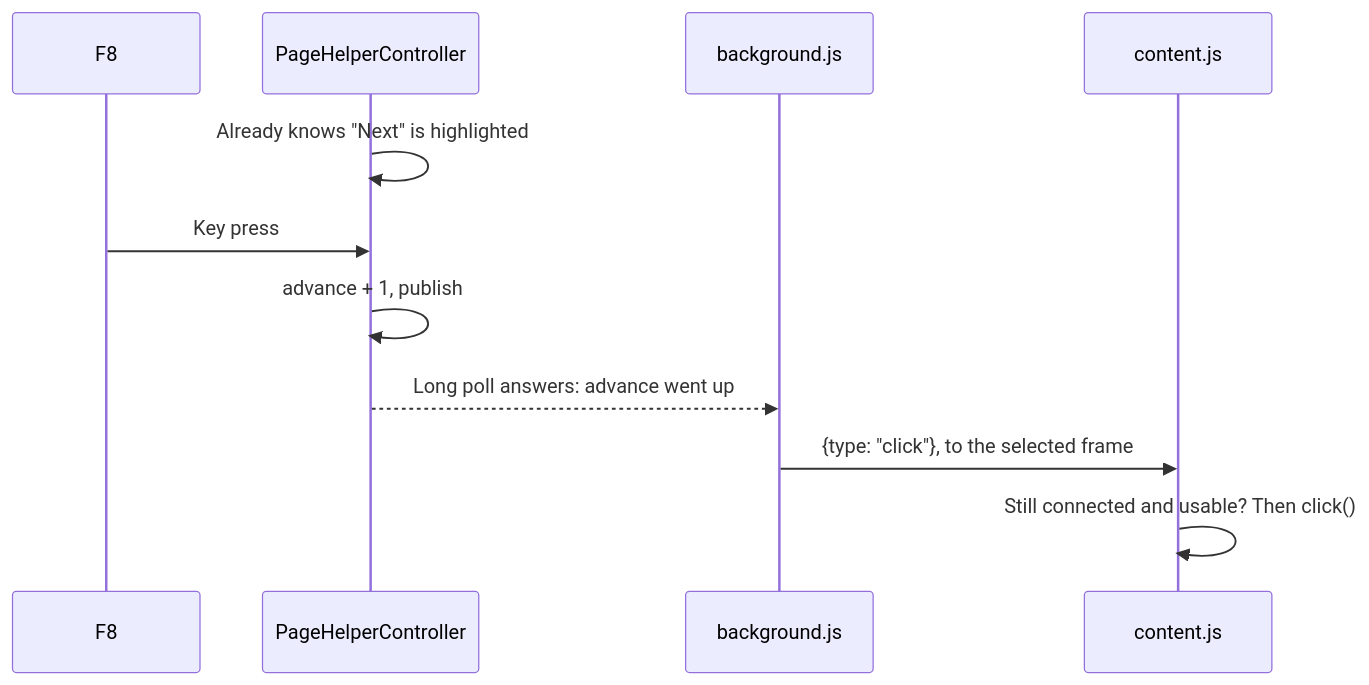
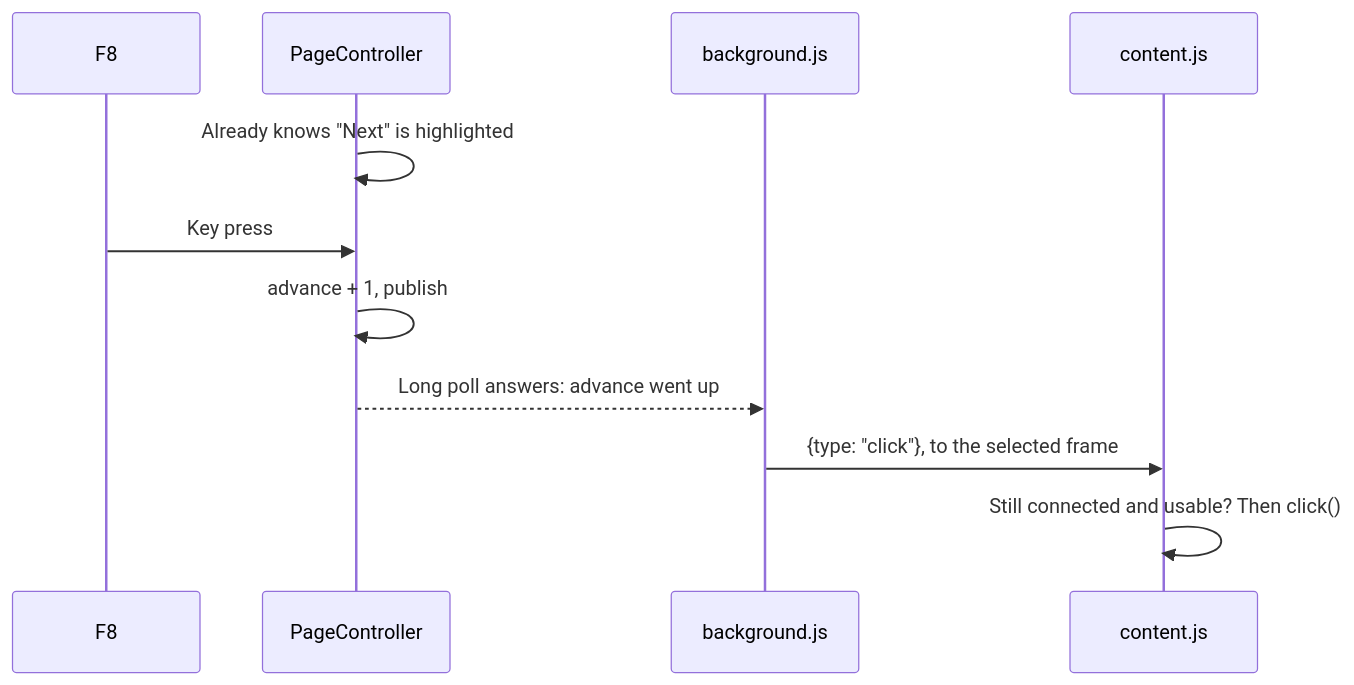
Before and after one commit to jagdeepnaik/auto-clicker-cmp: the fifth of 6 diagrams in private/docs/HOW_IT_WORKS.md, drawn with Mermaid. The commit also changed other lines of this file and 46 other files, not shown here.

````diff
--- a/private/docs/HOW_IT_WORKS.md
+++ b/private/docs/HOW_IT_WORKS.md
@@ -364,13 +377,13 @@
 ```mermaid
 sequenceDiagram
     participant K as F8
-    participant C as PageHelperController
+    participant C as PageController
     participant B as background.js
     participant F as content.js
     C->>C: Already knows "Next" is highlighted
     K->>C: Key press
     C->>C: advance + 1, publish
     C-->>B: Long poll answers: advance went up
     B->>F: {type: "click"}, to the selected frame
     F->>F: Still connected and usable? Then click()
 ```
````
